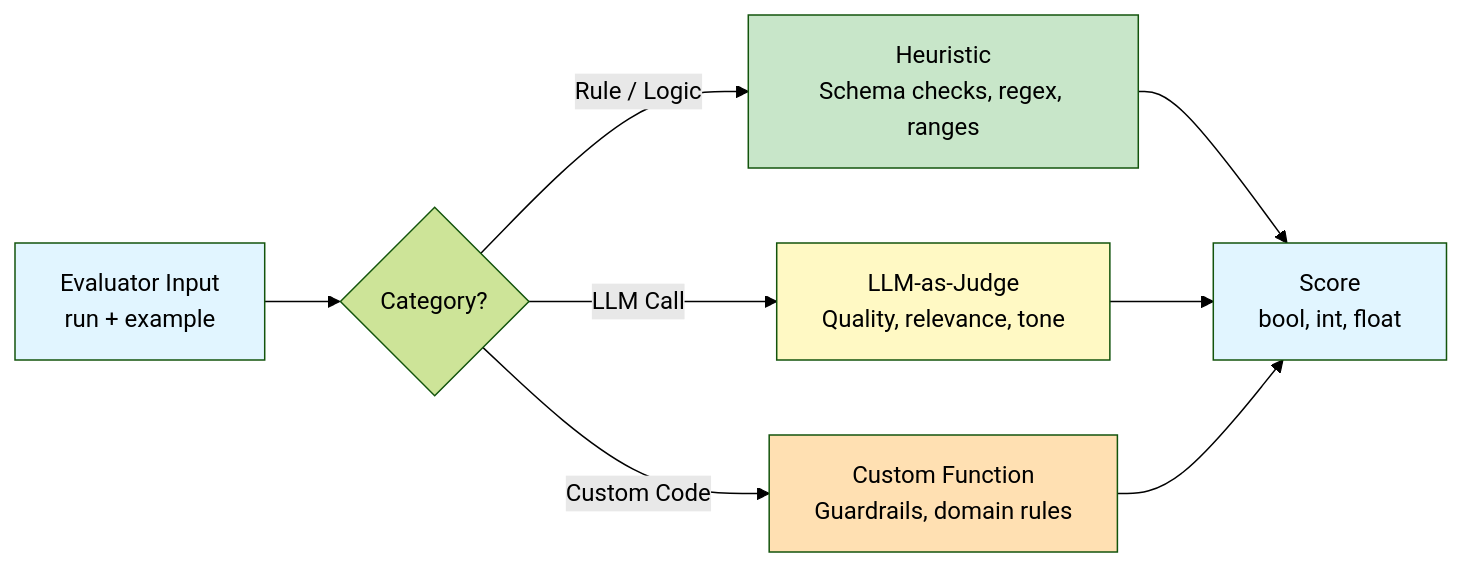
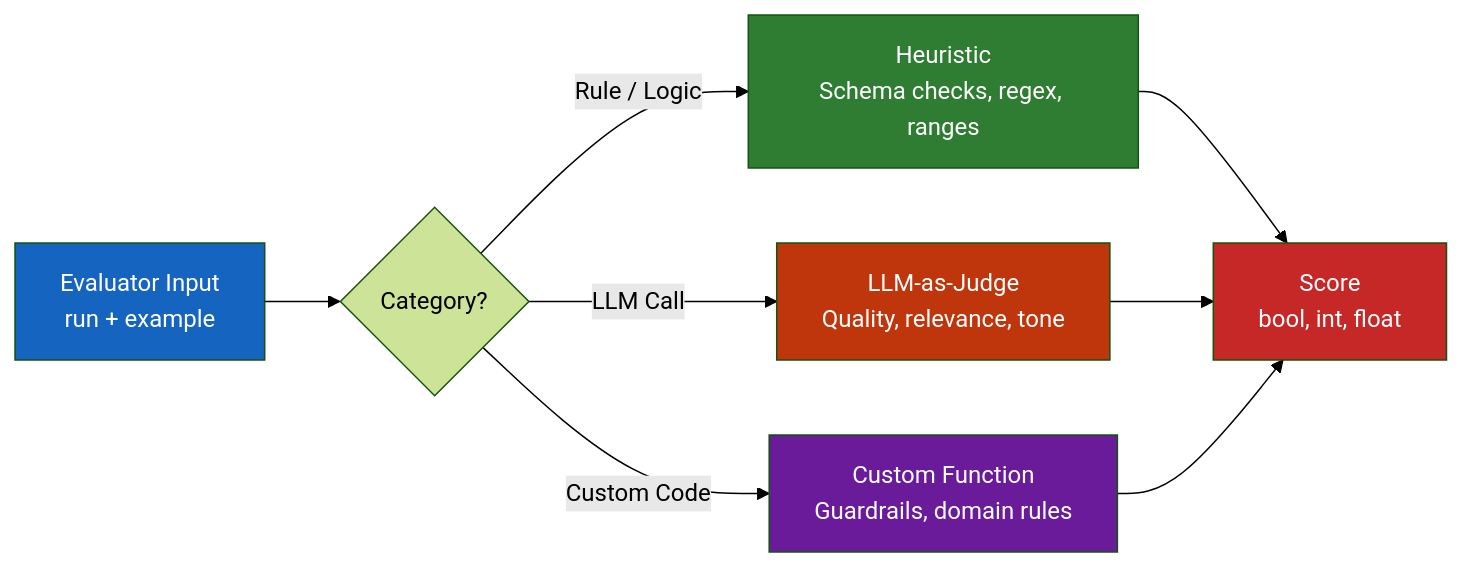
One commit to CogKnowEdge-Solutions/Orchestration changed the diagram in Langsmith-Labs/Lab5-Intermediate/writing-custom-evaluators/lab-writing-custom-evaluators.md. Above: the diagram before and after it, drawn with Mermaid (forest theme). The commit also changed 1 other file, not shown here.

Commit message:
Update Mermaid diagrams with contrasting colors for better text visibility

````diff
--- a/Langsmith-Labs/Lab5-Intermediate/writing-custom-evaluators/lab-writing-custom-evaluators.md
+++ b/Langsmith-Labs/Lab5-Intermediate/writing-custom-evaluators/lab-writing-custom-evaluators.md
@@ -79,15 +79,15 @@
 ```mermaid
 graph LR
     A["Evaluator Input<br/>run + example"] --> B{"Category?"}
     B -->|"Rule / Logic"| C["Heuristic<br/>Schema checks, regex, ranges"]
     B -->|"LLM Call"| D["LLM-as-Judge<br/>Quality, relevance, tone"]
     B -->|"Custom Code"| E["Custom Function<br/>Guardrails, domain rules"]
     C --> F["Score<br/>bool, int, float"]
     D --> F
     E --> F
-    style A fill:#e1f5ff
-    style C fill:#c8e6c9
-    style D fill:#fff9c4
-    style E fill:#ffe0b2
-    style F fill:#e1f5ff
+    style A fill:#1565c0,color:#fff
+    style C fill:#2e7d32,color:#fff
+    style D fill:#bf360c,color:#fff
+    style E fill:#6a1b9a,color:#fff
+    style F fill:#c62828,color:#fff
 ```
````
